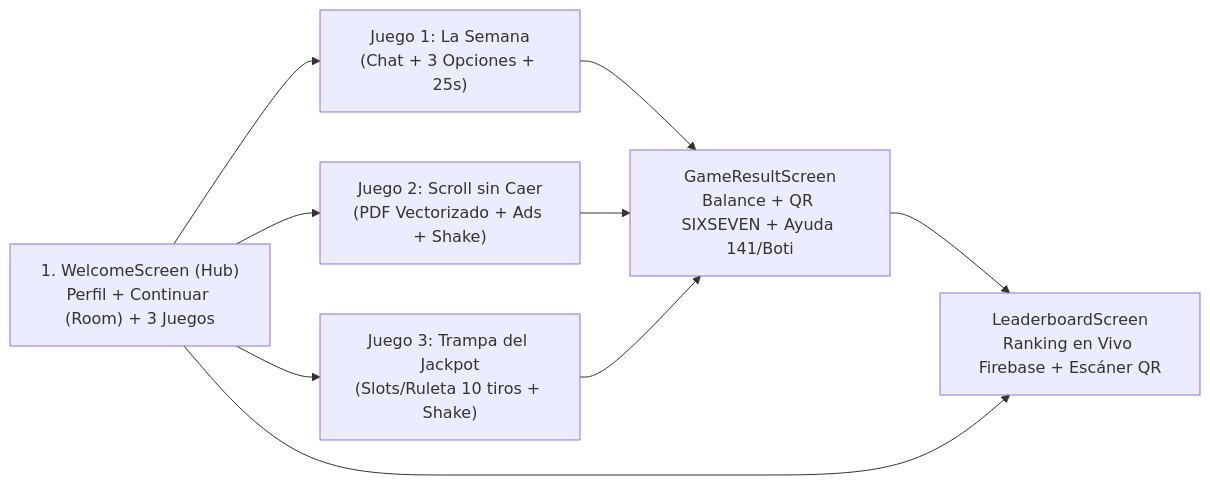
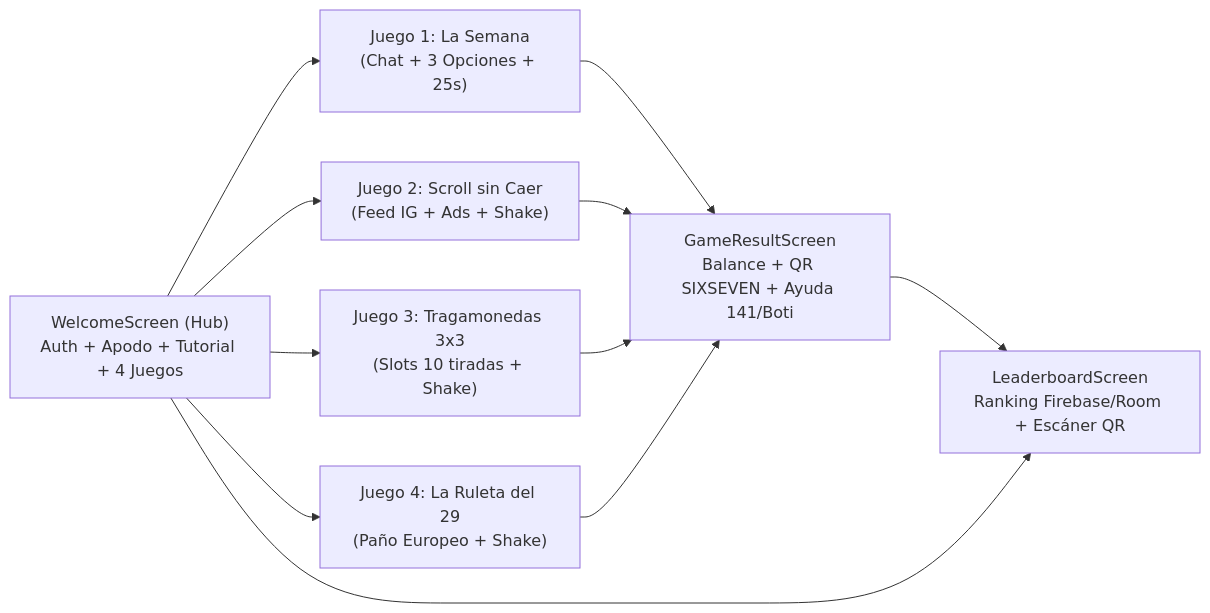
Before and after one commit to 314-thon/DAM: the diagram in README.md, drawn with Mermaid. The commit also changed other lines of this file and 25 other files, not shown here.

Commit message:
feat(segunda-entrega): Firebase Auth, reglas RTDB, QR nativo y mejoras UI

````diff
--- a/README.md
+++ b/README.md
@@ -41,11 +47,13 @@
 ```mermaid
 flowchart LR
-    A["1. WelcomeScreen (Hub)\nPerfil + Continuar (Room) + 3 Juegos"] --> B1["Juego 1: La Semana\n(Chat + 3 Opciones + 25s)"]
-    A --> B2["Juego 2: Scroll sin Caer\n(PDF Vectorizado + Ads + Shake)"]
-    A --> B3["Juego 3: Trampa del Jackpot\n(Slots/Ruleta 10 tiros + Shake)"]
+    A["WelcomeScreen (Hub)\nAuth + Apodo + Tutorial + 4 Juegos"] --> B1["Juego 1: La Semana\n(Chat + 3 Opciones + 25s)"]
+    A --> B2["Juego 2: Scroll sin Caer\n(Feed IG + Ads + Shake)"]
+    A --> B3["Juego 3: Tragamonedas 3x3\n(Slots 10 tiradas + Shake)"]
+    A --> B4["Juego 4: La Ruleta del 29\n(Paño Europeo + Shake)"]
     B1 --> C["GameResultScreen\nBalance + QR SIXSEVEN + Ayuda 141/Boti"]
     B2 --> C
     B3 --> C
-    C --> D["LeaderboardScreen\nRanking en Vivo Firebase + Escáner QR"]
+    B4 --> C
+    C --> D["LeaderboardScreen\nRanking Firebase/Room + Escáner QR"]
     A --> D
 ```
````
